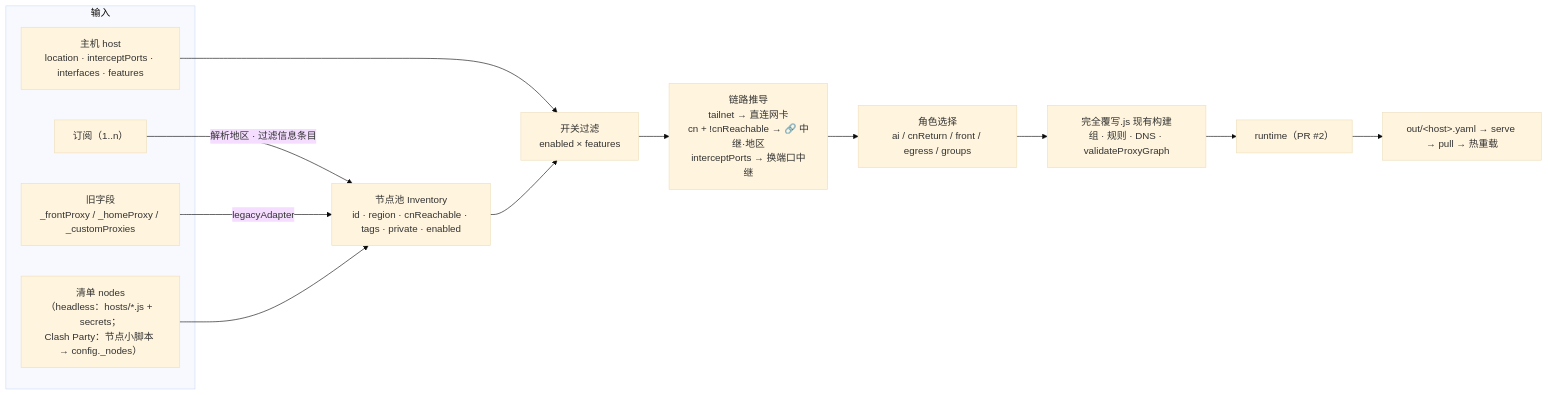
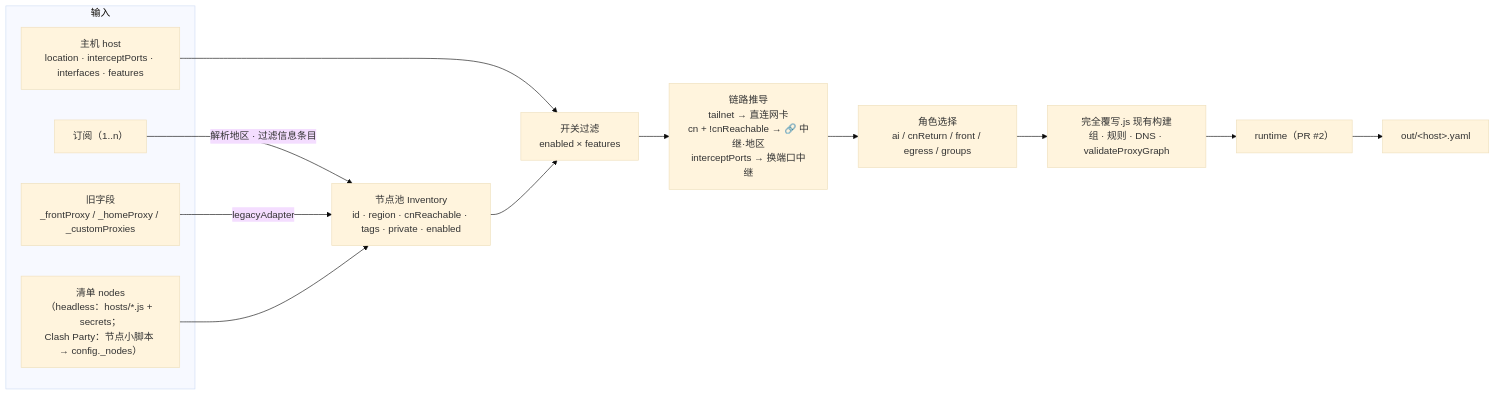
Before and after one commit to ada20204/clash-override-chain-proxy: the diagram in docs/节点清单设计.md, drawn with Mermaid (base theme). The commit also changed other lines of this file and 28 other files, not shown here.

````diff
--- a/docs/节点清单设计.md
+++ b/docs/节点清单设计.md
@@ -96,19 +96,19 @@
 ```mermaid
 flowchart LR
   subgraph in["输入"]
     S["订阅（1..n）"]
     L["旧字段<br/>_frontProxy / _homeProxy / _customProxies"]
     N["清单 nodes<br/>（headless：hosts/*.js + secrets；<br/>Clash Party：节点小脚本 → config._nodes）"]
     H["主机 host<br/>location · interceptPorts · interfaces · features"]
   end
   S -- "解析地区 · 过滤信息条目" --> I
   L -- "legacyAdapter" --> I
   N --> I
   I["节点池 Inventory<br/>id · region · cnReachable · tags · private · enabled"]
   H --> F
   I --> F["开关过滤<br/>enabled × features"]
   F --> R["链路推导<br/>tailnet → 直连网卡<br/>cn + !cnReachable → 🔗 中继·地区<br/>interceptPorts → 换端口中继"]
   R --> SEL["角色选择<br/>ai / cnReturn / front / egress / groups"]
   SEL --> B["完全覆写.js 现有构建<br/>组 · 规则 · DNS · validateProxyGraph"]
-  B --> RT["runtime（PR #2）"] --> OUT["out/&lt;host&gt;.yaml → serve → pull → 热重载"]
+  B --> RT["runtime（PR #2）"] --> OUT["out/&lt;host&gt;.yaml"]
 ```
````
